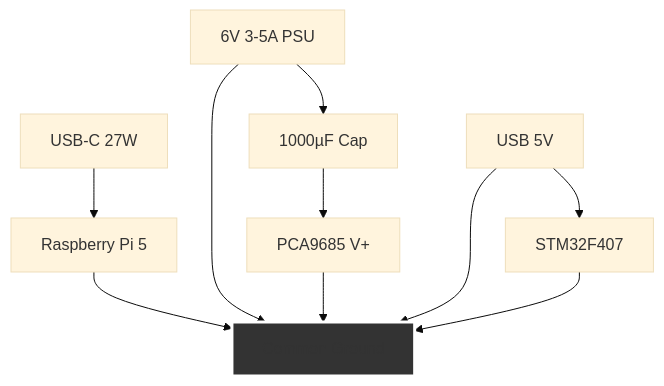
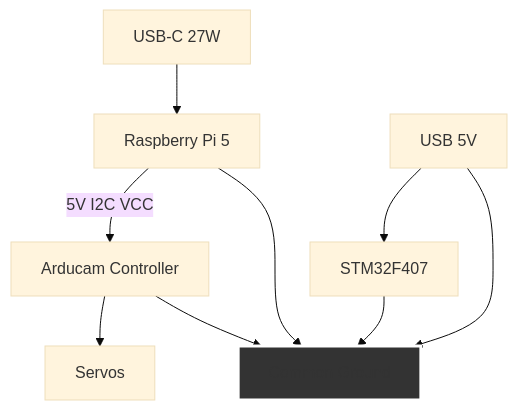
One commit to rghsoftware/stellar-navigation changed the second of 3 diagrams in docs/components/hardware-integration.md. Above: the diagram before and after it, drawn with Mermaid (base theme). The commit also changed other lines of this file and 1 other file, not shown here.

Commit message:
docs: update hardware integration and STM32 firmware guides

````diff
--- a/docs/components/hardware-integration.md
+++ b/docs/components/hardware-integration.md
@@ -68,15 +66,14 @@
 ```mermaid
 graph TB
     A[USB-C 27W] --> B[Raspberry Pi 5]
-    C[6V 3-5A PSU] --> D[1000µF Cap]
-    D --> E[PCA9685 V+]
-    F[USB 5V] --> G[STM32F407]
-    
-    B --> H[Common Ground]
-    C --> H
-    E --> H
-    F --> H
-    G --> H
-    
-    style H fill:#333,stroke:#fff,stroke-width:3px
+    B -->|5V I2C VCC| C[Arducam Controller]
+    C --> D[Servos]
+    E[USB 5V] --> F[STM32F407]
+
+    B --> G[Common Ground]
+    C --> G
+    E --> G
+    F --> G
+
+    style G fill:#333,stroke:#fff,stroke-width:3px
 ```
````
